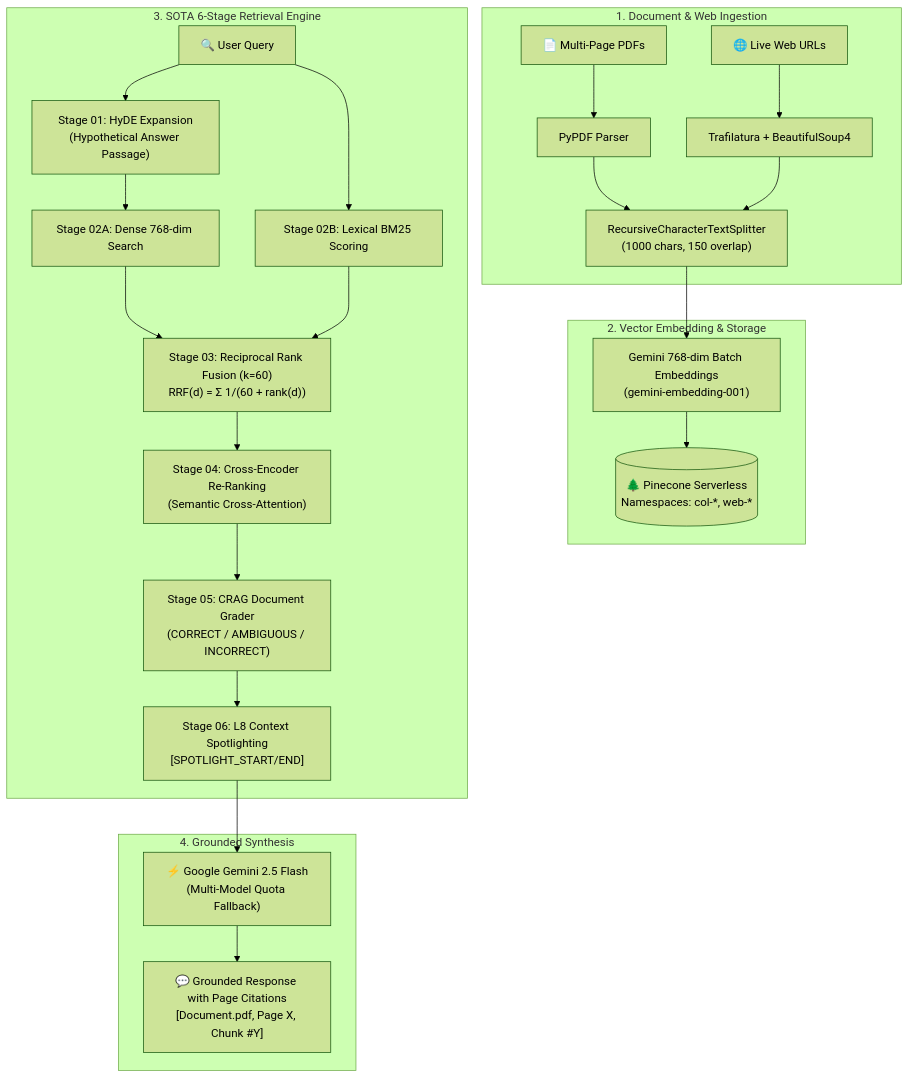
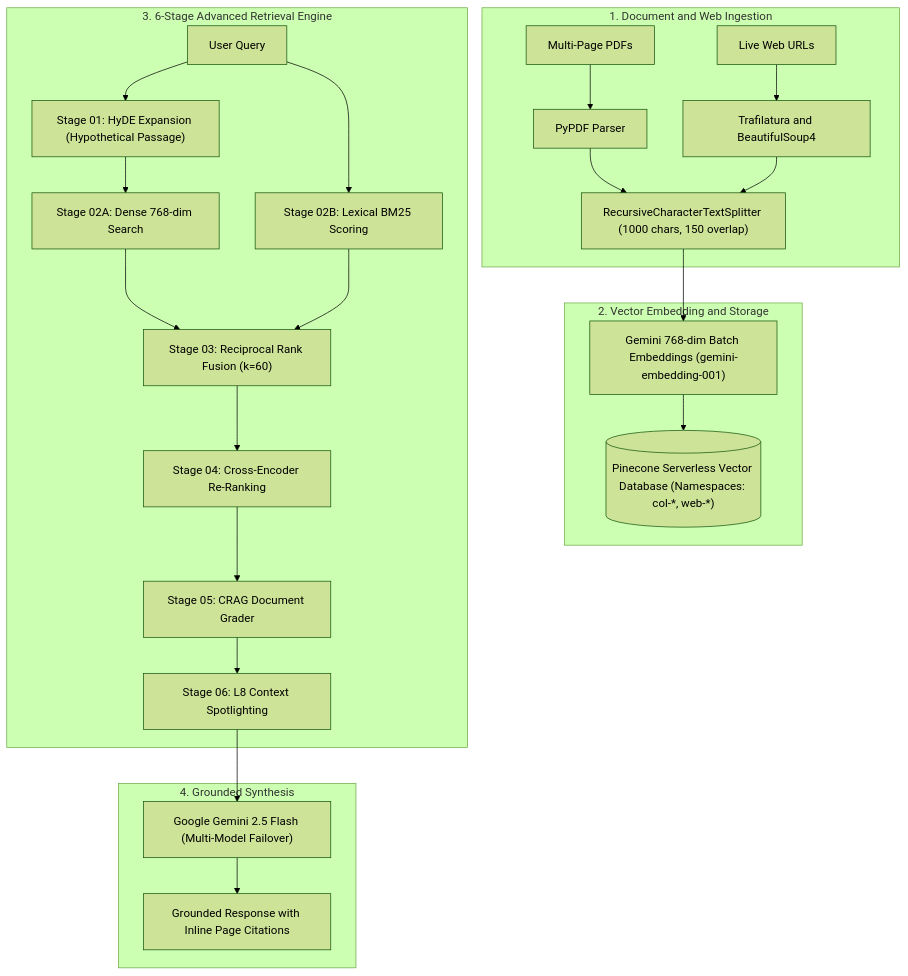
One commit to Pradeepks01/PDF-AI changed the diagram in readme.md. Above: the diagram before and after it, drawn with Mermaid (forest theme). The commit also changed other lines of this file, not shown here.

````diff
--- a/readme.md
+++ b/readme.md
@@ -32,29 +25,29 @@
 ```mermaid
 flowchart TD
-    subgraph INGESTION["1. Document & Web Ingestion"]
-        PDF["📄 Multi-Page PDFs"] --> PyPDF["PyPDF Parser"]
-        WEB["🌐 Live Web URLs"] --> Traf["Trafilatura + BeautifulSoup4"]
-        PyPDF --> Chunk["RecursiveCharacterTextSplitter<br/>(1000 chars, 150 overlap)"]
+    subgraph INGESTION["1. Document and Web Ingestion"]
+        PDF["Multi-Page PDFs"] --> PyPDF["PyPDF Parser"]
+        WEB["Live Web URLs"] --> Traf["Trafilatura and BeautifulSoup4"]
+        PyPDF --> Chunk["RecursiveCharacterTextSplitter (1000 chars, 150 overlap)"]
         Traf --> Chunk
     end
 
-    subgraph VECTOR_STORE["2. Vector Embedding & Storage"]
-        Chunk --> BatchEmb["Gemini 768-dim Batch Embeddings<br/>(gemini-embedding-001)"]
-        BatchEmb --> Pinecone[("🌲 Pinecone Serverless<br/>Namespaces: col-*, web-*")]
+    subgraph VECTOR_STORE["2. Vector Embedding and Storage"]
+        Chunk --> BatchEmb["Gemini 768-dim Batch Embeddings (gemini-embedding-001)"]
+        BatchEmb --> Pinecone[("Pinecone Serverless Vector Database (Namespaces: col-*, web-*)")]
     end
 
-    subgraph SOTA_PIPELINE["3. SOTA 6-Stage Retrieval Engine"]
-        UserQuery["🔍 User Query"] --> HyDE["Stage 01: HyDE Expansion<br/>(Hypothetical Answer Passage)"]
+    subgraph SOTA_PIPELINE["3. 6-Stage Advanced Retrieval Engine"]
+        UserQuery["User Query"] --> HyDE["Stage 01: HyDE Expansion (Hypothetical Passage)"]
         HyDE --> Dense["Stage 02A: Dense 768-dim Search"]
         UserQuery --> Sparse["Stage 02B: Lexical BM25 Scoring"]
-        Dense & Sparse --> RRF["Stage 03: Reciprocal Rank Fusion (k=60)<br/>RRF(d) = Σ 1/(60 + rank(d))"]
-        RRF --> CrossEnc["Stage 04: Cross-Encoder Re-Ranking<br/>(Semantic Cross-Attention)"]
-        CrossEnc --> CRAG["Stage 05: CRAG Document Grader<br/>(CORRECT / AMBIGUOUS / INCORRECT)"]
-        CRAG --> Spotlight["Stage 06: L8 Context Spotlighting<br/>[SPOTLIGHT_START/END]"]
+        Dense & Sparse --> RRF["Stage 03: Reciprocal Rank Fusion (k=60)"]
+        RRF --> CrossEnc["Stage 04: Cross-Encoder Re-Ranking"]
+        CrossEnc --> CRAG["Stage 05: CRAG Document Grader"]
+        CRAG --> Spotlight["Stage 06: L8 Context Spotlighting"]
     end
 
     subgraph SYNTHESIS["4. Grounded Synthesis"]
-        Spotlight --> Gemini["⚡ Google Gemini 2.5 Flash<br/>(Multi-Model Quota Fallback)"]
-        Gemini --> Response["💬 Grounded Response with Page Citations<br/>[Document.pdf, Page X, Chunk #Y]"]
+        Spotlight --> Gemini["Google Gemini 2.5 Flash (Multi-Model Failover)"]
+        Gemini --> Response["Grounded Response with Inline Page Citations"]
     end
 ```
````
